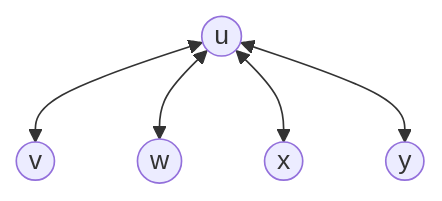
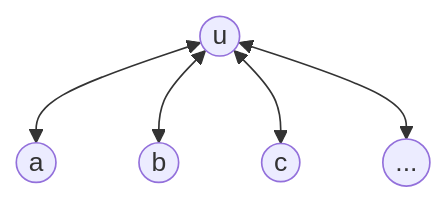
The second of 28 diagrams in 2024.2/Materiais Complementares - Enviados pelos alunos/Resoluções das listas/Módulo 2 [3, 6]/Módulo 2 - Lista 3.md (UFMG-Organizacao-de-Disciplinas/DCC865-Projeto_e_Analise_de_Algoritmos), drawn with Mermaid before and after one commit. The commit also changed other lines of this file and 9 other files, not shown here.

````diff
--- a/2024.2/Materiais Complementares - Enviados pelos alunos/Resoluções das listas/Módulo 2 [3, 6]/Módulo 2 - Lista 3.md
+++ b/2024.2/Materiais Complementares - Enviados pelos alunos/Resoluções das listas/Módulo 2 [3, 6]/Módulo 2 - Lista 3.md
@@ -60,15 +66,15 @@
 ```mermaid
 graph TD
     %% Vértices
     u((u))
-    v((v))
-    w((w))
-    x((x))
-    y((y))
+    v((a))
+    w((b))
+    x((c))
+    y((...))
 
     %% Arestas
     u <--> v
     u <--> w
     u <--> x
     u <--> y
 ```
````
